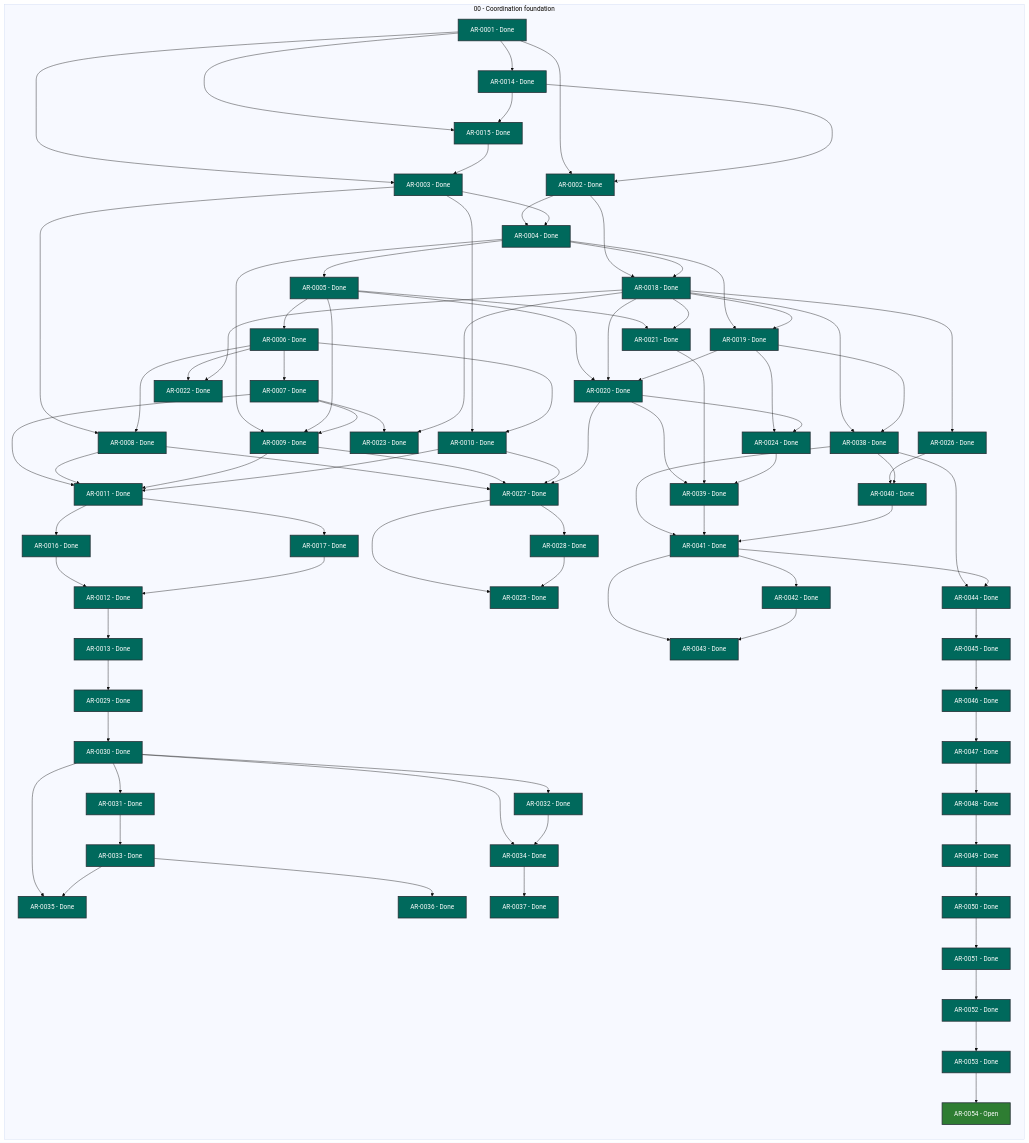
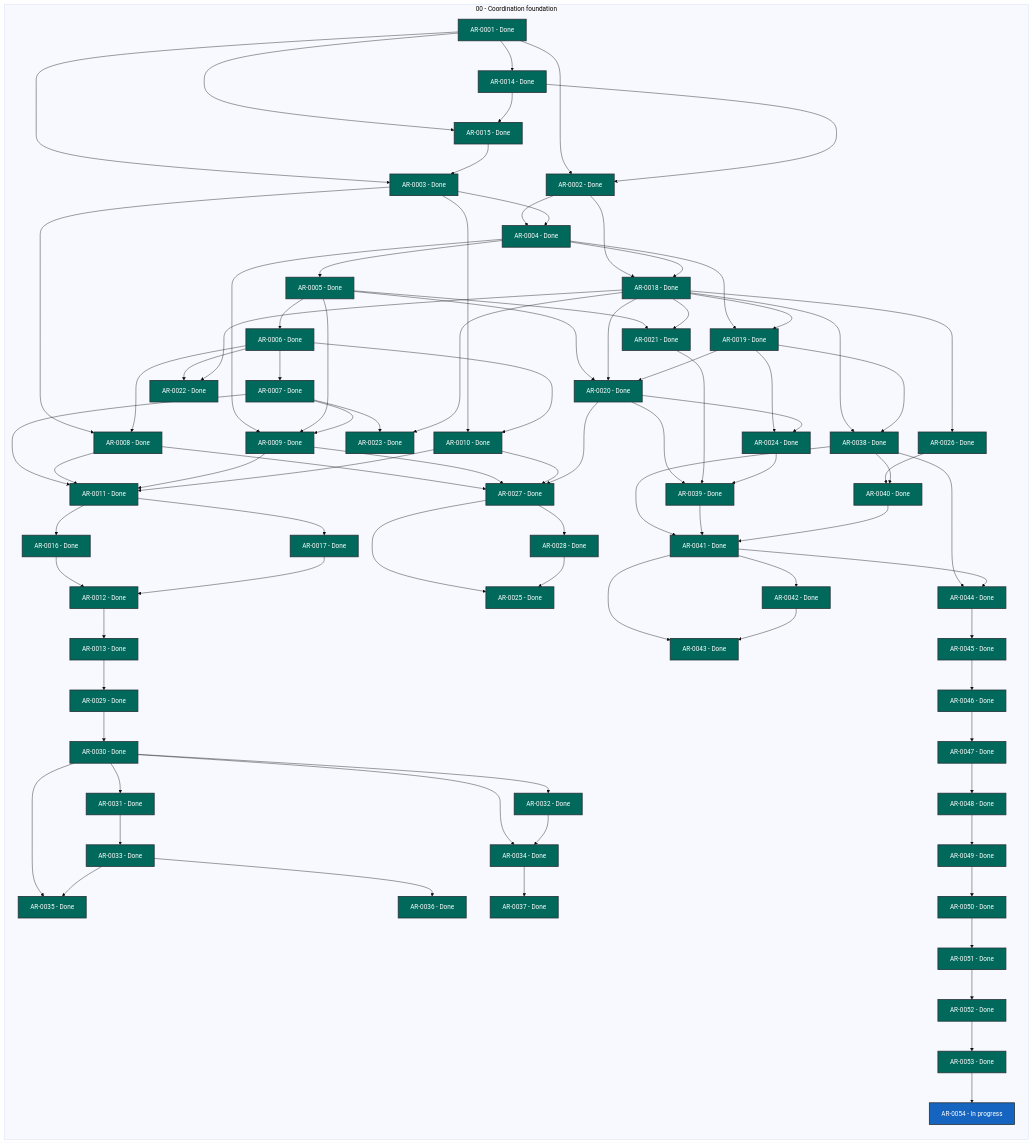
One commit to martin-beck/agent-workflow-tui-state changed the diagram in STATUS.md. Above: the diagram before and after it, drawn with Mermaid (base theme). The commit also changed other lines of this file and 2 other files, not shown here.

```diff
--- a/STATUS.md
+++ b/STATUS.md
@@ -81,7 +81,7 @@
         AR_0051["AR-0051 - Done"]:::status_done
         AR_0052["AR-0052 - Done"]:::status_done
         AR_0053["AR-0053 - Done"]:::status_done
-        AR_0054["AR-0054 - Open"]:::status_open
+        AR_0054["AR-0054 - In progress"]:::status_in_progress
     end
     AR_0001 --> AR_0002
     AR_0001 --> AR_0003
```
